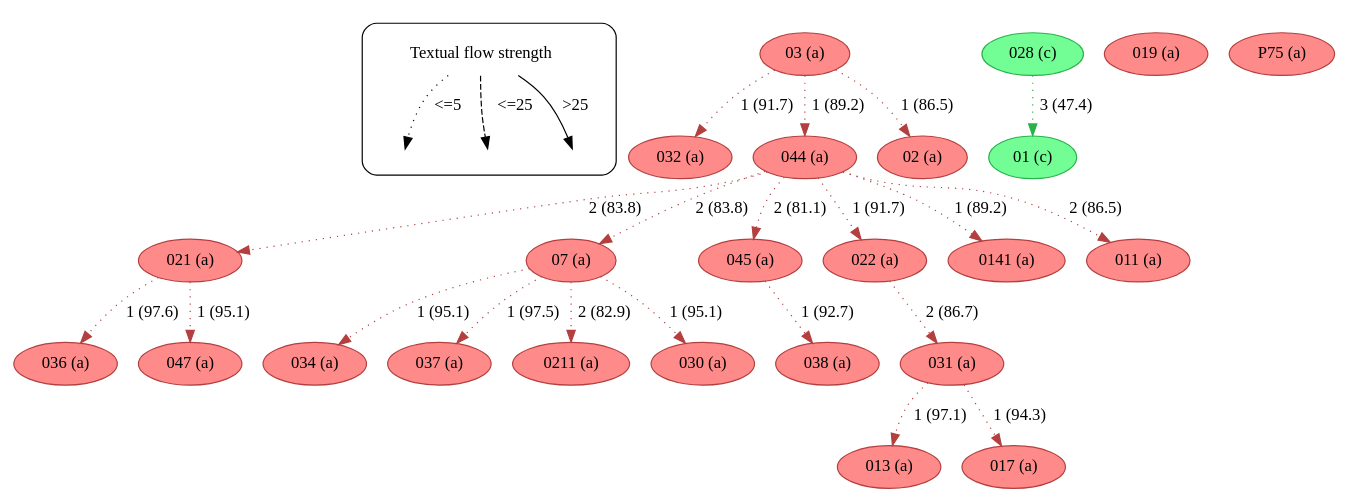
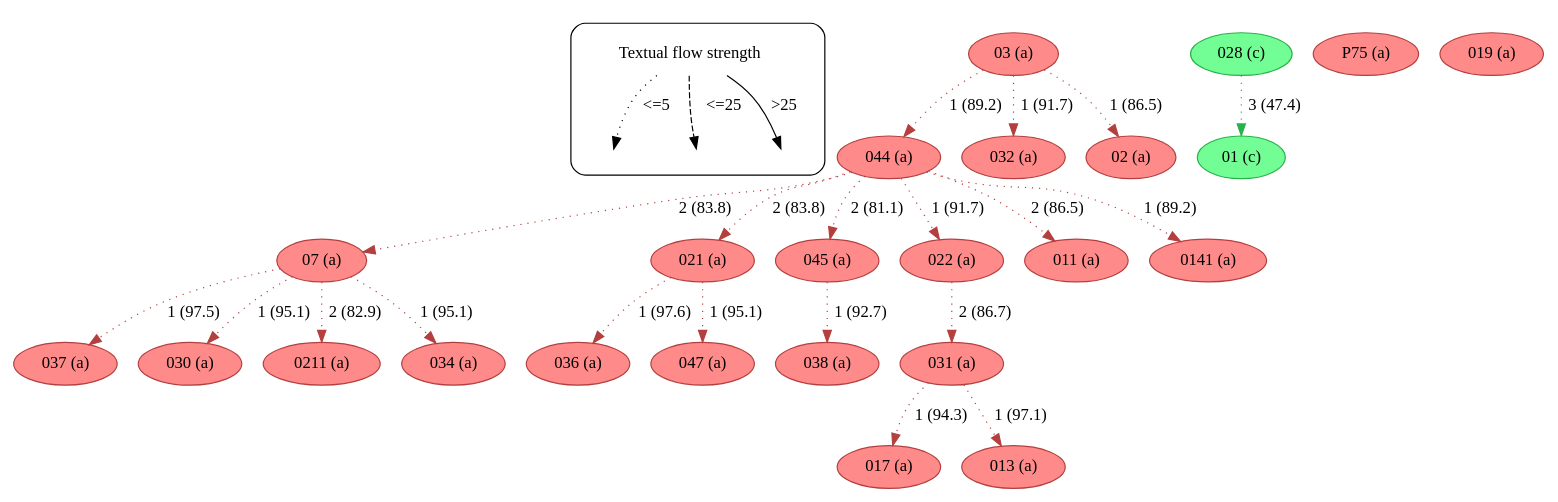
Before and after one commit to edmondac/CBGM: the diagram in example/c499/textual_flow_24_32_c499.dot, drawn with Graphviz. The commit also changed other lines of this file and 163 other files, not shown here.

```diff
--- a/example/c499/textual_flow_24_32_c499.dot
+++ b/example/c499/textual_flow_24_32_c499.dot
@@ -1,182 +1,182 @@
 strict digraph  {
 	node [label="\N"];
 	subgraph cluster_legend {
 		graph [style=rounded];
 		leg_s		 [label="Textual flow strength",
 			shape=plaintext];
 		leg_e1		 [fixedsize=True,
 			height=0.2,
 			label="",
 			style=invis];
 		leg_s -> leg_e1		 [label="<=5  ",
 			style=dotted];
 		leg_e2		 [fixedsize=True,
 			height=0.2,
 			label="",
 			style=invis];
 		leg_s -> leg_e2		 [label="  <=25",
 			style=dashed];
 		leg_e3		 [fixedsize=True,
 			height=0.2,
 			label="",
 			style=invis];
 		leg_s -> leg_e3		 [label=">25",
 			style=solid];
 	}
+	044	 [color="#b43f3f",
+		fillcolor="#FF8A8A",
+		label="044 (a)",
+		style=filled];
+	07	 [color="#b43f3f",
+		fillcolor="#FF8A8A",
+		label="07 (a)",
+		style=filled];
+	044 -> 07	 [color="#b43f3f",
+		label="2 (83.8)",
+		style=dotted];
 	021	 [color="#b43f3f",
 		fillcolor="#FF8A8A",
 		label="021 (a)",
 		style=filled];
+	044 -> 021	 [color="#b43f3f",
+		label="2 (83.8)",
+		style=dotted];
+	045	 [color="#b43f3f",
+		fillcolor="#FF8A8A",
+		label="045 (a)",
+		style=filled];
+	044 -> 045	 [color="#b43f3f",
+		label="2 (81.1)",
+		style=dotted];
+	022	 [color="#b43f3f",
+		fillcolor="#FF8A8A",
+		label="022 (a)",
+		style=filled];
+	044 -> 022	 [color="#b43f3f",
+		label="1 (91.7)",
+		style=dotted];
+	011	 [color="#b43f3f",
+		fillcolor="#FF8A8A",
+		label="011 (a)",
+		style=filled];
+	044 -> 011	 [color="#b43f3f",
+		label="2 (86.5)",
+		style=dotted];
+	0141	 [color="#b43f3f",
+		fillcolor="#FF8A8A",
+		label="0141 (a)",
+		style=filled];
+	044 -> 0141	 [color="#b43f3f",
+		label="1 (89.2)",
+		style=dotted];
+	037	 [color="#b43f3f",
+		fillcolor="#FF8A8A",
+		label="037 (a)",
+		style=filled];
+	07 -> 037	 [color="#b43f3f",
+		label="1 (97.5)",
+		style=dotted];
+	030	 [color="#b43f3f",
+		fillcolor="#FF8A8A",
+		label="030 (a)",
+		style=filled];
+	07 -> 030	 [color="#b43f3f",
+		label="1 (95.1)",
+		style=dotted];
+	0211	 [color="#b43f3f",
+		fillcolor="#FF8A8A",
+		label="0211 (a)",
+		style=filled];
+	07 -> 0211	 [color="#b43f3f",
+		label="2 (82.9)",
+		style=dotted];
+	034	 [color="#b43f3f",
+		fillcolor="#FF8A8A",
+		label="034 (a)",
+		style=filled];
+	07 -> 034	 [color="#b43f3f",
+		label="1 (95.1)",
+		style=dotted];
 	036	 [color="#b43f3f",
 		fillcolor="#FF8A8A",
 		label="036 (a)",
 		style=filled];
 	021 -> 036	 [color="#b43f3f",
 		label="1 (97.6)",
 		style=dotted];
 	047	 [color="#b43f3f",
 		fillcolor="#FF8A8A",
 		label="047 (a)",
 		style=filled];
 	021 -> 047	 [color="#b43f3f",
 		label="1 (95.1)",
 		style=dotted];
 	03	 [color="#b43f3f",
 		fillcolor="#FF8A8A",
 		label="03 (a)",
 		style=filled];
+	03 -> 044	 [color="#b43f3f",
+		label="1 (89.2)",
+		style=dotted];
 	032	 [color="#b43f3f",
 		fillcolor="#FF8A8A",
 		label="032 (a)",
 		style=filled];
 	03 -> 032	 [color="#b43f3f",
 		label="1 (91.7)",
-		style=dotted];
-	044	 [color="#b43f3f",
-		fillcolor="#FF8A8A",
-		label="044 (a)",
-		style=filled];
-	03 -> 044	 [color="#b43f3f",
-		label="1 (89.2)",
 		style=dotted];
 	02	 [color="#b43f3f",
 		fillcolor="#FF8A8A",
 		label="02 (a)",
 		style=filled];
 	03 -> 02	 [color="#b43f3f",
 		label="1 (86.5)",
 		style=dotted];
-	07	 [color="#b43f3f",
+	038	 [color="#b43f3f",
 		fillcolor="#FF8A8A",
-		label="07 (a)",
+		label="038 (a)",
 		style=filled];
-	034	 [color="#b43f3f",
-		fillcolor="#FF8A8A",
-		label="034 (a)",
-		style=filled];
-	07 -> 034	 [color="#b43f3f",
-		label="1 (95.1)",
-		style=dotted];
-	037	 [color="#b43f3f",
-		fillcolor="#FF8A8A",
-		label="037 (a)",
-		style=filled];
-	07 -> 037	 [color="#b43f3f",
-		label="1 (97.5)",
-		style=dotted];
-	0211	 [color="#b43f3f",
-		fillcolor="#FF8A8A",
-		label="0211 (a)",
-		style=filled];
-	07 -> 0211	 [color="#b43f3f",
-		label="2 (82.9)",
-		style=dotted];
-	030	 [color="#b43f3f",
-		fillcolor="#FF8A8A",
-		label="030 (a)",
-		style=filled];
-	07 -> 030	 [color="#b43f3f",
-		label="1 (95.1)",
+	045 -> 038	 [color="#b43f3f",
+		label="1 (92.7)",
 		style=dotted];
 	031	 [color="#b43f3f",
 		fillcolor="#FF8A8A",
 		label="031 (a)",
 		style=filled];
-	013	 [color="#b43f3f",
-		fillcolor="#FF8A8A",
-		label="013 (a)",
-		style=filled];
-	031 -> 013	 [color="#b43f3f",
-		label="1 (97.1)",
-		style=dotted];
 	017	 [color="#b43f3f",
 		fillcolor="#FF8A8A",
 		label="017 (a)",
 		style=filled];
 	031 -> 017	 [color="#b43f3f",
 		label="1 (94.3)",
 		style=dotted];
-	044 -> 021	 [color="#b43f3f",
-		label="2 (83.8)",
-		style=dotted];
-	044 -> 07	 [color="#b43f3f",
-		label="2 (83.8)",
-		style=dotted];
-	045	 [color="#b43f3f",
+	013	 [color="#b43f3f",
 		fillcolor="#FF8A8A",
-		label="045 (a)",
+		label="013 (a)",
 		style=filled];
-	044 -> 045	 [color="#b43f3f",
-		label="2 (81.1)",
-		style=dotted];
-	022	 [color="#b43f3f",
-		fillcolor="#FF8A8A",
-		label="022 (a)",
-		style=filled];
-	044 -> 022	 [color="#b43f3f",
-		label="1 (91.7)",
-		style=dotted];
-	0141	 [color="#b43f3f",
-		fillcolor="#FF8A8A",
-		label="0141 (a)",
-		style=filled];
-	044 -> 0141	 [color="#b43f3f",
-		label="1 (89.2)",
-		style=dotted];
-	011	 [color="#b43f3f",
-		fillcolor="#FF8A8A",
-		label="011 (a)",
-		style=filled];
-	044 -> 011	 [color="#b43f3f",
-		label="2 (86.5)",
-		style=dotted];
-	038	 [color="#b43f3f",
-		fillcolor="#FF8A8A",
-		label="038 (a)",
-		style=filled];
-	045 -> 038	 [color="#b43f3f",
-		label="1 (92.7)",
+	031 -> 013	 [color="#b43f3f",
+		label="1 (97.1)",
 		style=dotted];
 	022 -> 031	 [color="#b43f3f",
 		label="2 (86.7)",
 		style=dotted];
 	028	 [color="#27b34a",
 		fillcolor="#72FE95",
 		label="028 (c)",
 		style=filled];
 	01	 [color="#27b34a",
 		fillcolor="#72FE95",
 		label="01 (c)",
 		style=filled];
 	028 -> 01	 [color="#27b34a",
 		label="3 (47.4)",
 		style=dotted];
+	P75	 [color="#b43f3f",
+		fillcolor="#FF8A8A",
+		label="P75 (a)",
+		style=filled];
 	019	 [color="#b43f3f",
 		fillcolor="#FF8A8A",
 		label="019 (a)",
 		style=filled];
-	P75	 [color="#b43f3f",
-		fillcolor="#FF8A8A",
-		label="P75 (a)",
-		style=filled];
 }
```
